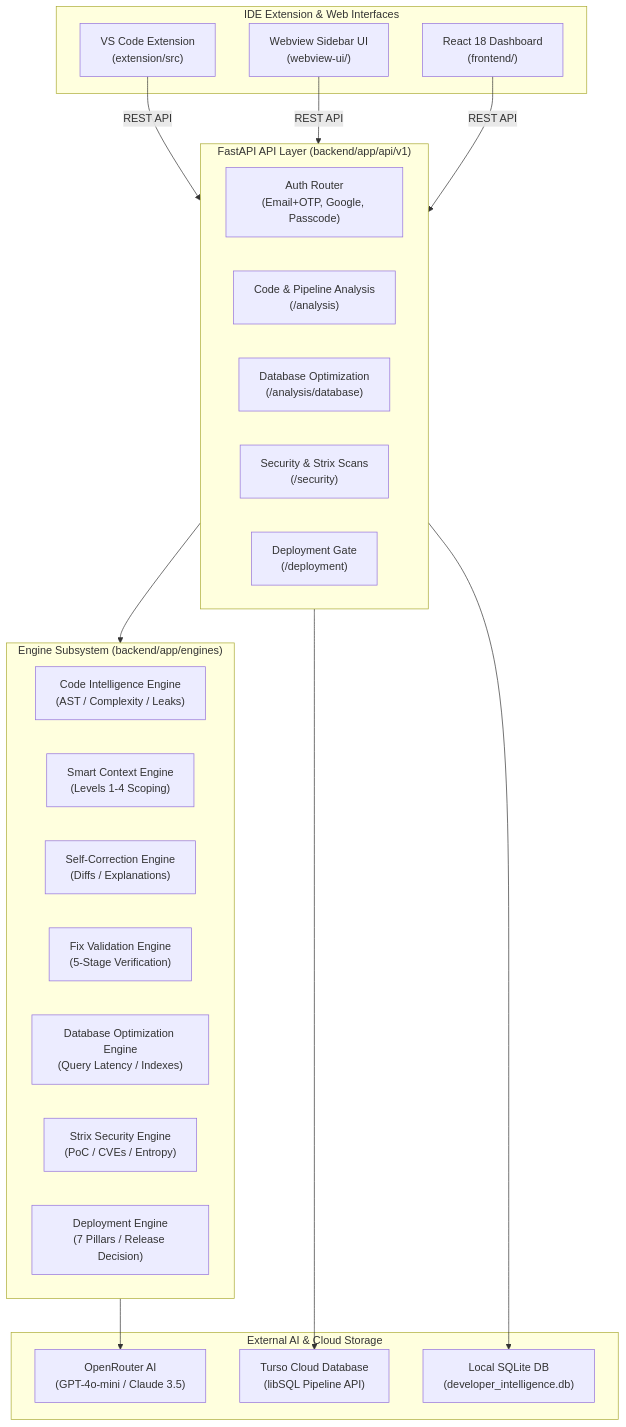
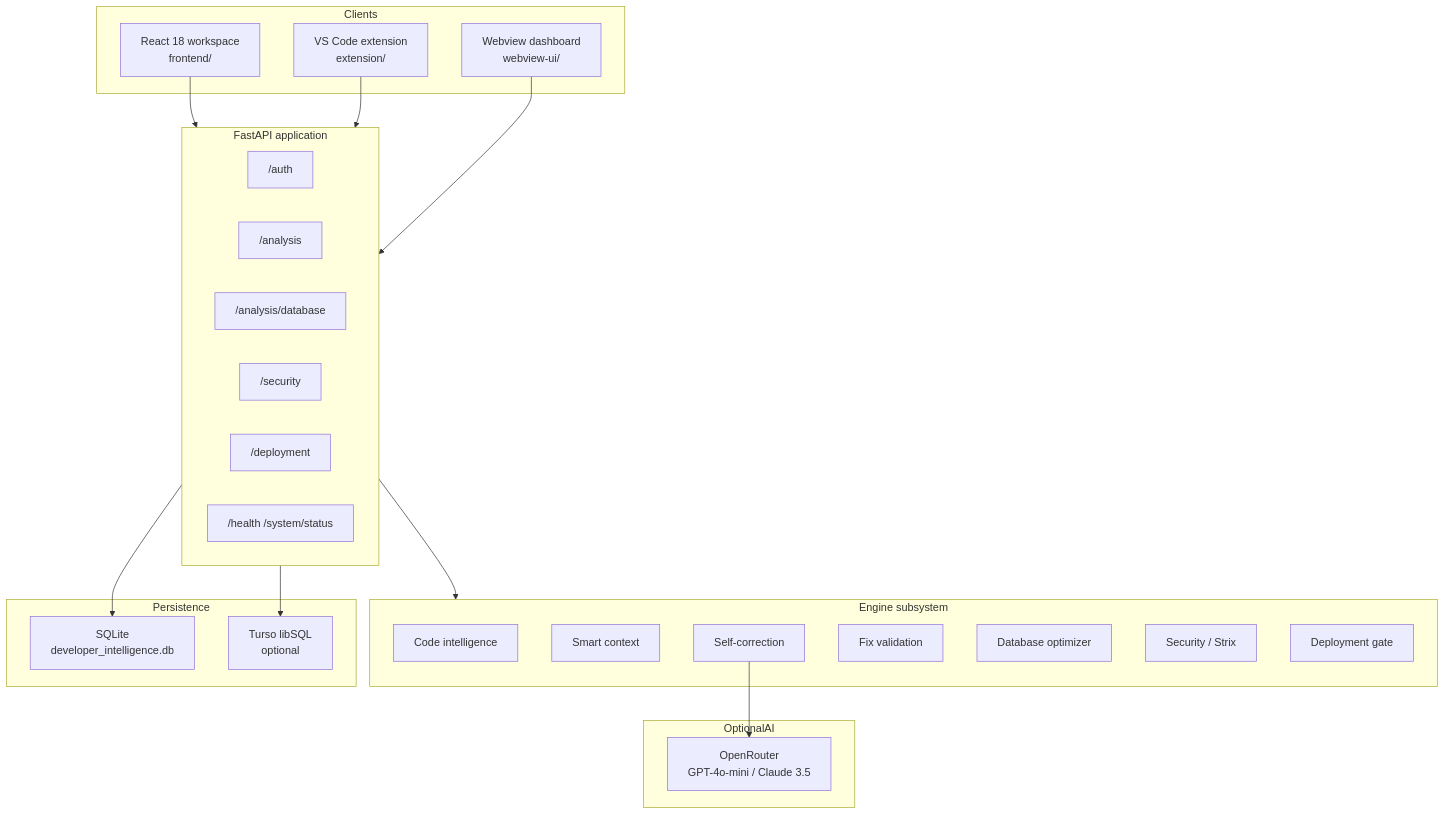
The second of 3 diagrams in README.md (Voyager-000/Developer-Intellegence-Platform), drawn with Mermaid before and after one commit. The commit also changed other lines of this file, not shown here.

````diff
--- a/README.md
+++ b/README.md
@@ -60,41 +228,44 @@
 ```mermaid
 graph TD
-    subgraph IDE_And_Clients["IDE Extension & Web Interfaces"]
-        VSC["VS Code Extension<br/>(extension/src)"]
-        WEBVIEW["Webview Sidebar UI<br/>(webview-ui/)"]
-        REACT_APP["React 18 Dashboard<br/>(frontend/)"]
+    subgraph Clients
+        WEB["React 18 workspace<br/>frontend/"]
+        EXT["VS Code extension<br/>extension/"]
+        WV["Webview dashboard<br/>webview-ui/"]
     end
 
-    subgraph API_Gateway["FastAPI API Layer (backend/app/api/v1)"]
-        AUTH_ROUTER["Auth Router<br/>(Email+OTP, Google, Passcode)"]
-        ANALYSIS_ROUTER["Code & Pipeline Analysis<br/>(/analysis)"]
-        DB_ROUTER["Database Optimization<br/>(/analysis/database)"]
-        SEC_ROUTER["Security & Strix Scans<br/>(/security)"]
-        DEP_ROUTER["Deployment Gate<br/>(/deployment)"]
+    subgraph API["FastAPI application"]
+        AUTH["/auth"]
+        AN["/analysis"]
+        DB["/analysis/database"]
+        SEC["/security"]
+        DEP["/deployment"]
+        SYS["/health /system/status"]
     end
 
-    subgraph Intelligence_Engines["Engine Subsystem (backend/app/engines)"]
-        CODE_ENG["Code Intelligence Engine<br/>(AST / Complexity / Leaks)"]
-        CONTEXT_ENG["Smart Context Engine<br/>(Levels 1-4 Scoping)"]
-        FIX_ENG["Self-Correction Engine<br/>(Diffs / Explanations)"]
-        VAL_ENG["Fix Validation Engine<br/>(5-Stage Verification)"]
-        DB_ENG["Database Optimization Engine<br/>(Query Latency / Indexes)"]
-        STRIX_ENG["Strix Security Engine<br/>(PoC / CVEs / Entropy)"]
-        DEP_ENG["Deployment Engine<br/>(7 Pillars / Release Decision)"]
+    subgraph Engines["Engine subsystem"]
+        CE["Code intelligence"]
+        CX["Smart context"]
+        SC["Self-correction"]
+        FV["Fix validation"]
+        DE["Database optimizer"]
+        SE["Security / Strix"]
+        DV["Deployment gate"]
     end
 
-    subgraph External_Services["External AI & Cloud Storage"]
-        OPENROUTER["OpenRouter AI<br/>(GPT-4o-mini / Claude 3.5)"]
-        TURSO["Turso Cloud Database<br/>(libSQL Pipeline API)"]
-        SQLITE["Local SQLite DB<br/>(developer_intelligence.db)"]
+    subgraph Persistence
+        SQLITE["SQLite<br/>developer_intelligence.db"]
+        TURSO["Turso libSQL<br/>optional"]
     end
 
-    VSC -->|REST API| API_Gateway
-    WEBVIEW -->|REST API| API_Gateway
-    REACT_APP -->|REST API| API_Gateway
+    subgraph OptionalAI
+        OR["OpenRouter<br/>GPT-4o-mini / Claude 3.5"]
+    end
 
-    API_Gateway --> Intelligence_Engines
-    Intelligence_Engines --> OPENROUTER
-    API_Gateway --> SQLITE
-    API_Gateway --> TURSO
+    WEB --> API
+    EXT --> API
+    WV --> API
+    API --> Engines
+    API --> SQLITE
+    API --> TURSO
+    SC --> OR
 ```
````
